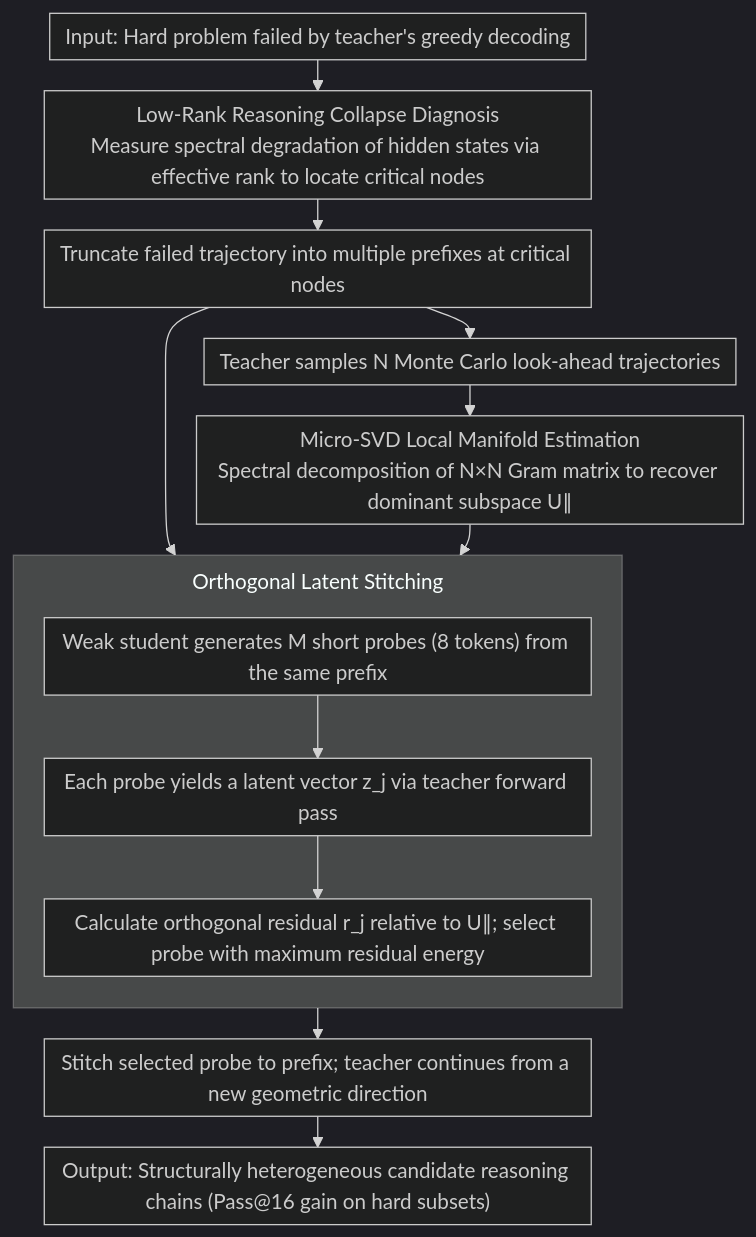
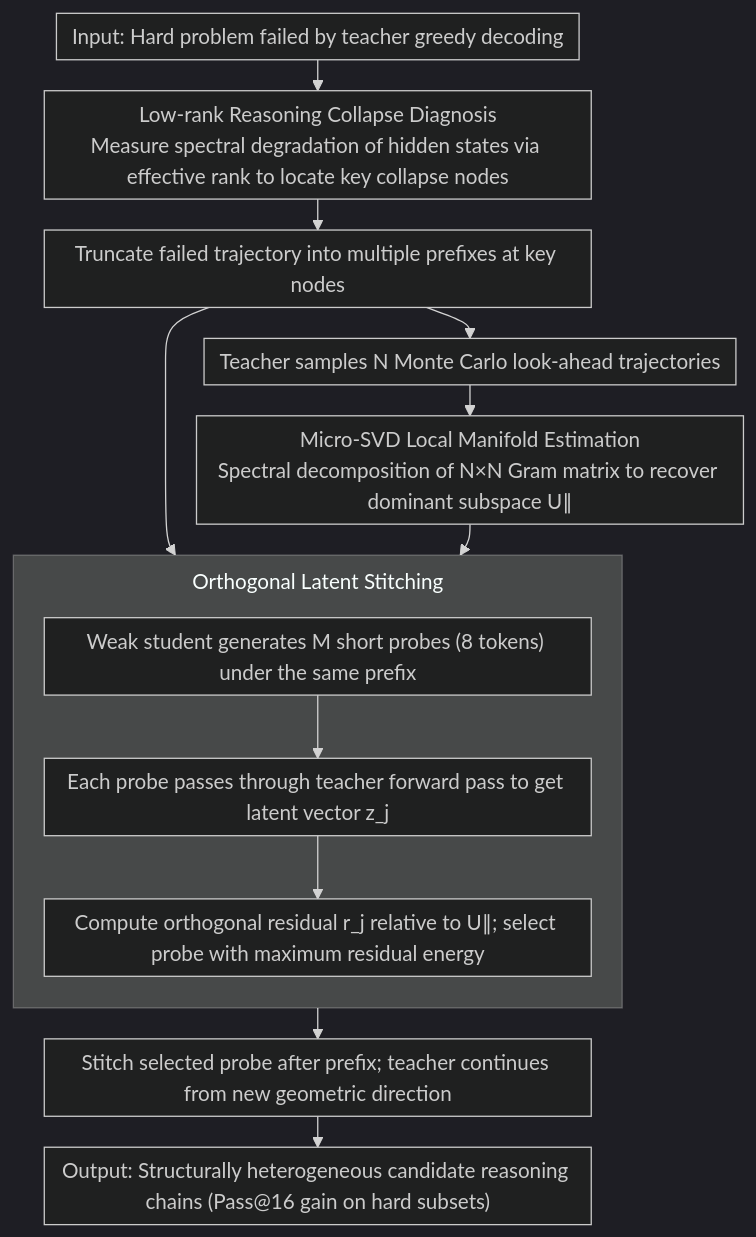
One commit to zhaoyang97/Paper-Notes-en changed the diagram in docs/ACL2026/llm_alignment/student_guides_teacher_weak-to-strong_inference_via_spectral_orthogonal_explorat.md. Above: the diagram before and after it, drawn with Mermaid (dark theme). The commit also changed other lines of this file and 5084 other files, not shown here.

````diff
--- a/docs/ACL2026/llm_alignment/student_guides_teacher_weak-to-strong_inference_via_spectral_orthogonal_explorat.md
+++ b/docs/ACL2026/llm_alignment/student_guides_teacher_weak-to-strong_inference_via_spectral_orthogonal_explorat.md
@@ -45,17 +45,17 @@
 ```mermaid
 %%{init: {'flowchart': {'rankSpacing': 24, 'nodeSpacing': 28, 'padding': 6, 'wrappingWidth': 400, 'subGraphTitleMargin': {'top': 8, 'bottom': 16}}}}%%
 flowchart TD
-    A["Input: Hard problem failed by teacher's greedy decoding"] --> B["Low-Rank Reasoning Collapse Diagnosis<br/>Measure spectral degradation of hidden states via effective rank to locate critical nodes"]
-    B --> C["Truncate failed trajectory into multiple prefixes at critical nodes"]
+    A["Input: Hard problem failed by teacher greedy decoding"] --> B["Low-rank Reasoning Collapse Diagnosis<br/>Measure spectral degradation of hidden states via effective rank to locate key collapse nodes"]
+    B --> C["Truncate failed trajectory into multiple prefixes at key nodes"]
     C --> D["Teacher samples N Monte Carlo look-ahead trajectories"]
     D --> E["Micro-SVD Local Manifold Estimation<br/>Spectral decomposition of N×N Gram matrix to recover dominant subspace U∥"]
     subgraph S["Orthogonal Latent Stitching"]
         direction TB
-        F["Weak student generates M short probes (8 tokens) from the same prefix"] --> G["Each probe yields a latent vector z_j via teacher forward pass"]
-        G --> H["Calculate orthogonal residual r_j relative to U∥; select probe with maximum residual energy"]
+        F["Weak student generates M short probes (8 tokens) under the same prefix"] --> G["Each probe passes through teacher forward pass to get latent vector z_j"]
+        G --> H["Compute orthogonal residual r_j relative to U∥; select probe with maximum residual energy"]
     end
     C --> F
     E --> H
-    H --> I["Stitch selected probe to prefix; teacher continues from a new geometric direction"]
+    H --> I["Stitch selected probe after prefix; teacher continues from new geometric direction"]
     I --> J["Output: Structurally heterogeneous candidate reasoning chains (Pass@16 gain on hard subsets)"]
 ```
````
